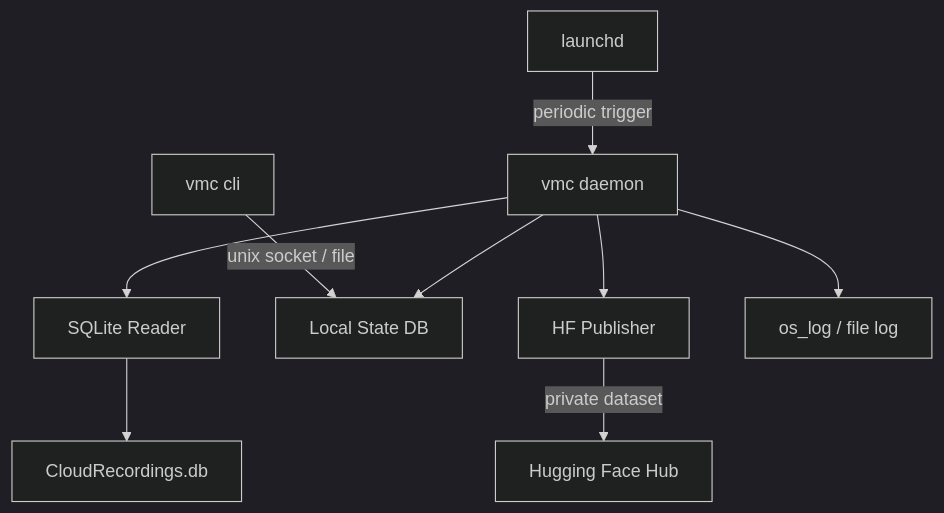
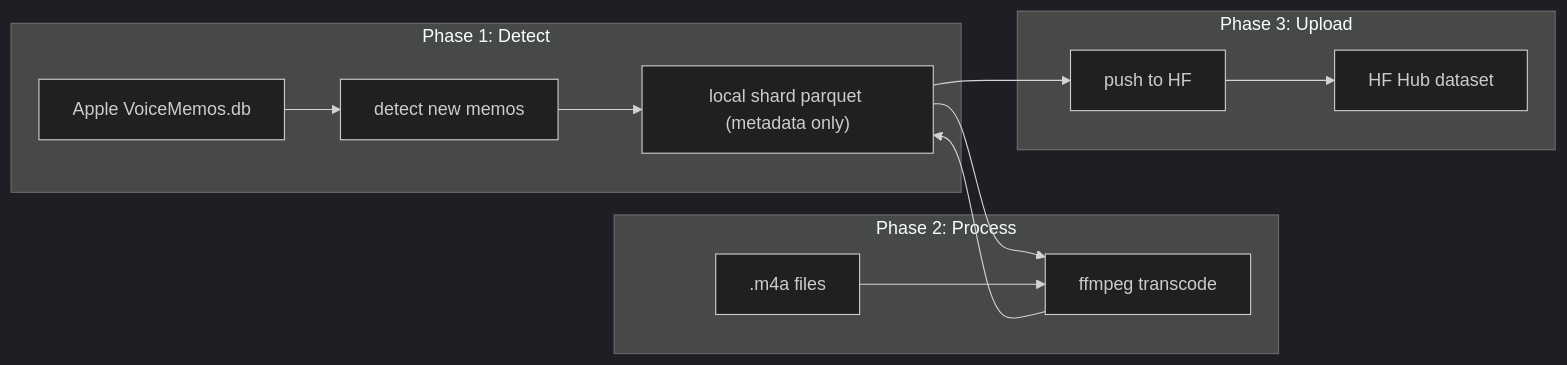
One commit to jborkowski/voice-memories-curator changed the first of 2 diagrams in adr/00-initial.md. Above: the diagram before and after it, drawn with Mermaid (dark theme). The commit also changed other lines of this file and 1 other file, not shown here.

Commit message:
chore: update architecture ADRs for DuckDB pipeline

````diff
--- a/adr/00-initial.md
+++ b/adr/00-initial.md
@@ -11,11 +13,16 @@
 ```mermaid
-graph TD
-    LaunchD[launchd] -->|periodic trigger| Daemon[vmc daemon]
-    Daemon --> DBReader[SQLite Reader]
-    DBReader --> VoiceMemosDB["CloudRecordings.db"]
-    Daemon --> StateStore[Local State DB]
-    Daemon --> Publisher[HF Publisher]
-    Publisher -->|private dataset| HFHub[Hugging Face Hub]
-    CLI[vmc cli] -->|unix socket / file| StateStore
-    Daemon --> LogFile[os_log / file log]
+graph LR
+    subgraph phase1 [Phase 1: Detect]
+        AppleDB["Apple VoiceMemos.db"] --> Detect[detect new memos]
+        Detect --> LocalParquet["local shard parquet (metadata only)"]
+    end
+    subgraph phase2 [Phase 2: Process]
+        LocalParquet --> Process[ffmpeg transcode]
+        M4A[".m4a files"] --> Process
+        Process --> LocalParquet
+    end
+    subgraph phase3 [Phase 3: Upload]
+        LocalParquet --> Upload[push to HF]
+        Upload --> HFHub[HF Hub dataset]
+    end
 ```
````
